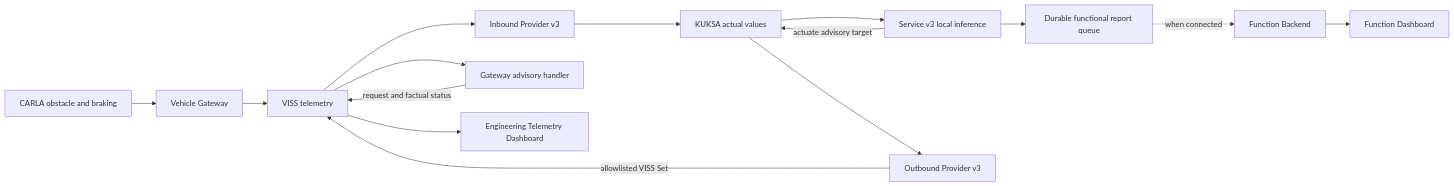
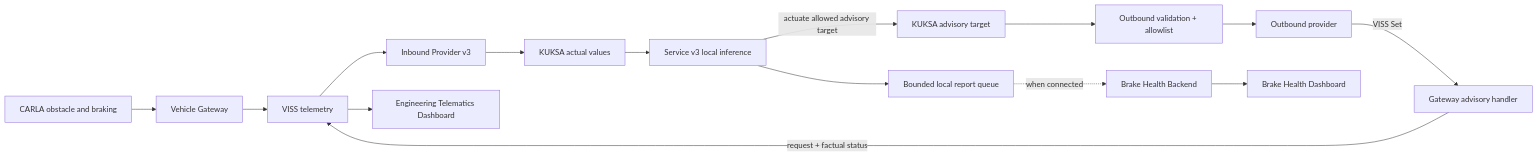
Before and after one commit to alexmaninblack/aosedge-sdv-demo: diagram 13 of 17 in docs/architecture/demo-scenario-architecture-flows.md, drawn with Mermaid. The commit also changed other lines of this file and 51 other files, not shown here.

````diff
--- a/docs/architecture/demo-scenario-architecture-flows.md
+++ b/docs/architecture/demo-scenario-architecture-flows.md
@@ -444,18 +645,14 @@
 ```mermaid
 flowchart LR
-    CARLA["CARLA obstacle and braking"] --> EGO["Vehicle Gateway"]
-    EGO --> VISS["VISS telemetry"]
-    VISS --> PIN["Inbound Provider v3"]
-    PIN --> KUKSA["KUKSA actual values"]
-    KUKSA --> S3["Service v3 local inference"]
-    S3 -->|"actuate advisory target"| KUKSA
-    KUKSA --> POUT["Outbound Provider v3"]
-    POUT -->|"allowlisted VISS Set"| VISS
-    VISS --> GWA["Gateway advisory handler"]
-    GWA -->|"request and factual status"| VISS
-    VISS --> ED["Engineering Telemetry Dashboard"]
+    SCENE["CARLA obstacle and braking"] --> GW["Vehicle Gateway"]
+    GW --> VISS["VISS telemetry"] --> PIN["Inbound Provider v3"]
+    PIN --> ACTUAL["KUKSA actual values"] --> S3["Service v3 local inference"]
+    S3 -->|"actuate allowed advisory target"| TARGET["KUKSA advisory target"]
+    TARGET --> POLICY["Outbound validation + allowlist"] --> POUT["Outbound provider"]
+    POUT -->|"VISS Set"| GWADV["Gateway advisory handler"]
+    GWADV -->|"request + factual status"| VISS
+    VISS --> ENG["Engineering Telematics Dashboard"]
 
-    S3 --> QUEUE["Durable functional report queue"]
-    QUEUE -. "when connected" .-> FB["Function Backend"]
-    FB --> FD["Function Dashboard"]
+    S3 --> QUEUE["Bounded local report queue"]
+    QUEUE -. "when connected" .-> BE["Brake Health Backend"] --> BD["Brake Health Dashboard"]
 ```
````
